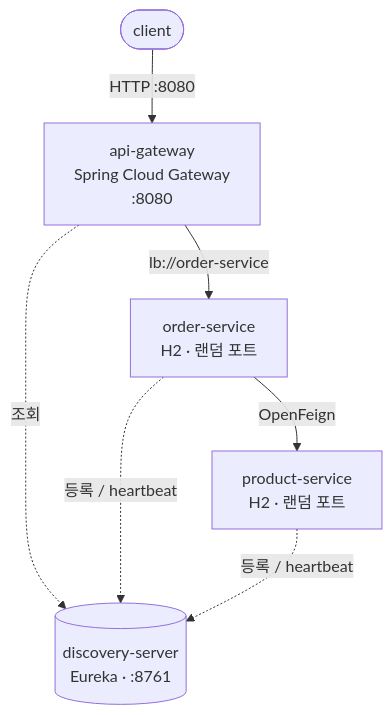
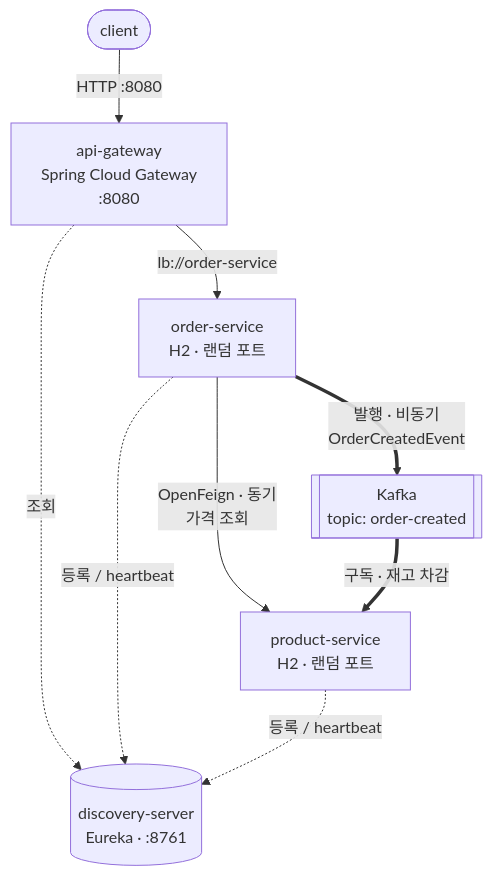
The diagram in README.md (Jin-dev92/springboot-simple-msa), drawn with Mermaid before and after one commit. The commit also changed other lines of this file and 14 other files, not shown here.

First line of the commit message:
feat: Phase 4 - Kafka 비동기 이벤트로 재고 차감

````diff
--- a/README.md
+++ b/README.md
@@ -25,16 +26,21 @@
 ```mermaid
 flowchart TB
     client(["client"])
     gateway["api-gateway<br/>Spring Cloud Gateway<br/>:8080"]
     order["order-service<br/>H2 · 랜덤 포트"]
     product["product-service<br/>H2 · 랜덤 포트"]
     eureka[("discovery-server<br/>Eureka · :8761")]
 
+    kafka[["Kafka<br/>topic: order-created"]]
+
     client -->|"HTTP :8080"| gateway
     gateway -->|"lb://order-service"| order
-    order -->|"OpenFeign"| product
+    order -->|"OpenFeign · 동기<br/>가격 조회"| product
+
+    order ==>|"발행 · 비동기<br/>OrderCreatedEvent"| kafka
+    kafka ==>|"구독 · 재고 차감"| product
 
     gateway -.->|"조회"| eureka
     order -.->|"등록 / heartbeat"| eureka
     product -.->|"등록 / heartbeat"| eureka
 ```
````
